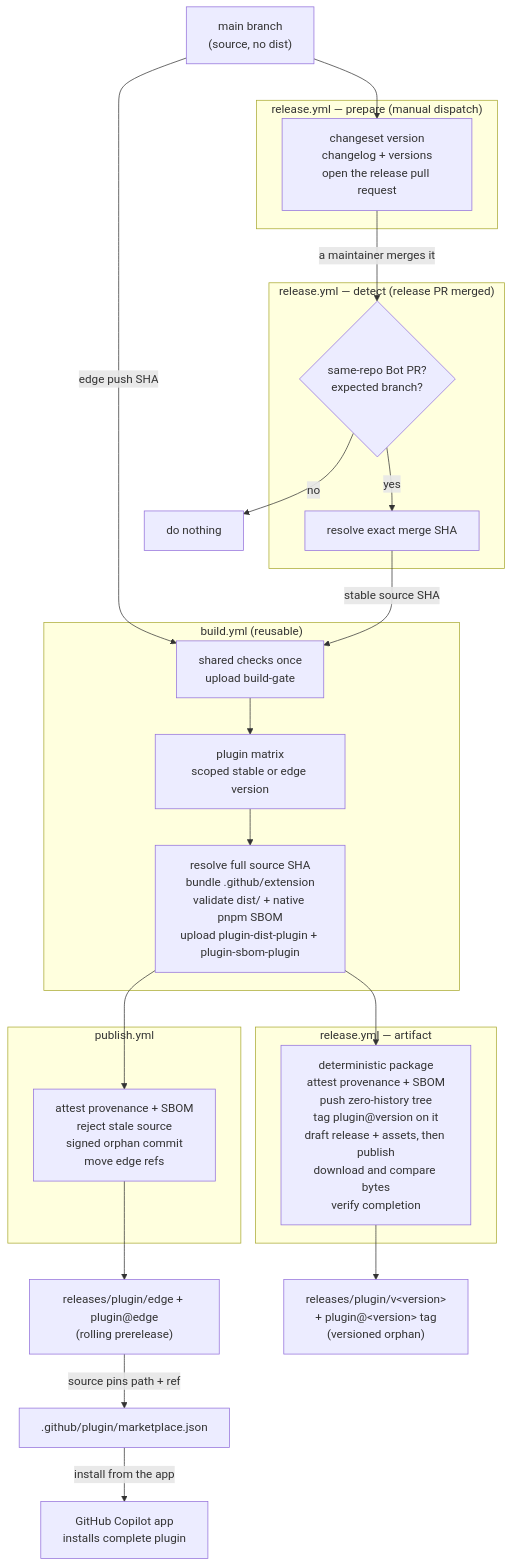
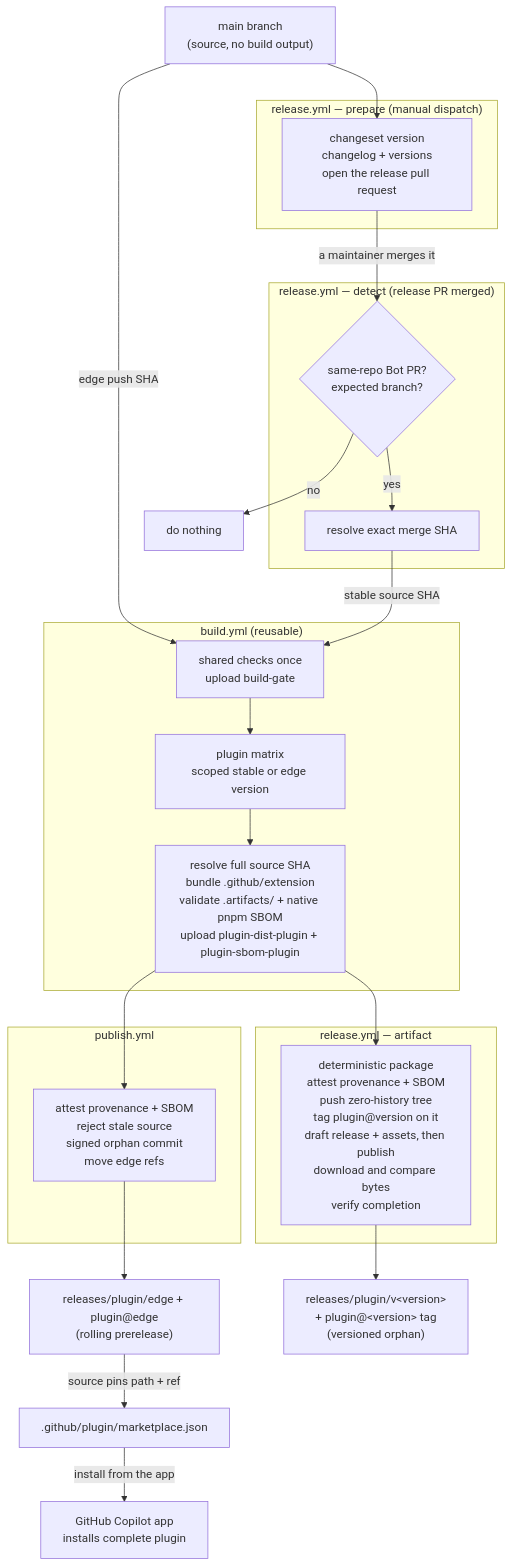
Before and after one commit to radius-project/ai-extensions: the second of 2 diagrams in docs/architecture/plugin-packaging-and-publishing.md, drawn with Mermaid. The commit also changed other lines of this file and 53 other files, not shown here.

````diff
--- a/docs/architecture/plugin-packaging-and-publishing.md
+++ b/docs/architecture/plugin-packaging-and-publishing.md
@@ -107,45 +124,45 @@
 ```mermaid
 graph TD
-    Main["main branch<br/>(source, no dist)"]
+    Main["main branch<br/>(source, no build output)"]
 
     subgraph PrepWF["release.yml — prepare (manual dispatch)"]
         VersionPR["changeset version<br/>changelog + versions<br/>open the release pull request"]
     end
 
     subgraph DetectWF["release.yml — detect (release PR merged)"]
         Decide{"same-repo Bot PR?<br/>expected branch?"}
         Source["resolve exact merge SHA"]
     end
 
     Main --> VersionPR
     VersionPR -->|a maintainer merges it| Decide
     Decide -->|no| Nothing["do nothing"]
     Decide -->|yes| Source
 
     subgraph BuildWF["build.yml (reusable)"]
         Checks["shared checks once<br/>upload build-gate"]
         Resolve["plugin matrix<br/>scoped stable or edge version"]
-        Artifact["resolve full source SHA<br/>bundle .github/extension<br/>validate dist/ + native pnpm SBOM<br/>upload plugin-dist-plugin + plugin-sbom-plugin"]
+        Artifact["resolve full source SHA<br/>bundle .github/extension<br/>validate .artifacts/ + native pnpm SBOM<br/>upload plugin-dist-plugin + plugin-sbom-plugin"]
     end
 
     Main -->|edge push SHA| Checks
     Source -->|stable source SHA| Checks
     Checks --> Resolve --> Artifact
 
     subgraph EdgeWF["publish.yml"]
         EdgePush["attest provenance + SBOM<br/>reject stale source<br/>signed orphan commit<br/>move edge refs"]
     end
 
     subgraph RelWF["release.yml — artifact"]
         RelPush["deterministic package<br/>attest provenance + SBOM<br/>push zero-history tree<br/>tag plugin@version on it<br/>draft release + assets, then publish<br/>download and compare bytes<br/>verify completion"]
     end
 
     Artifact --> EdgePush
     Artifact --> RelPush
 
     EdgePush --> Edge["releases/plugin/edge + plugin@edge<br/>(rolling prerelease)"]
     RelPush --> Pinned["releases/plugin/v&lt;version&gt;<br/>+ plugin@&lt;version&gt; tag<br/>(versioned orphan)"]
 
     Edge -->|source pins path + ref| MP[".github/plugin/marketplace.json"]
     MP -->|install from the app| Install["GitHub Copilot app<br/>installs complete plugin"]
 ```
````
